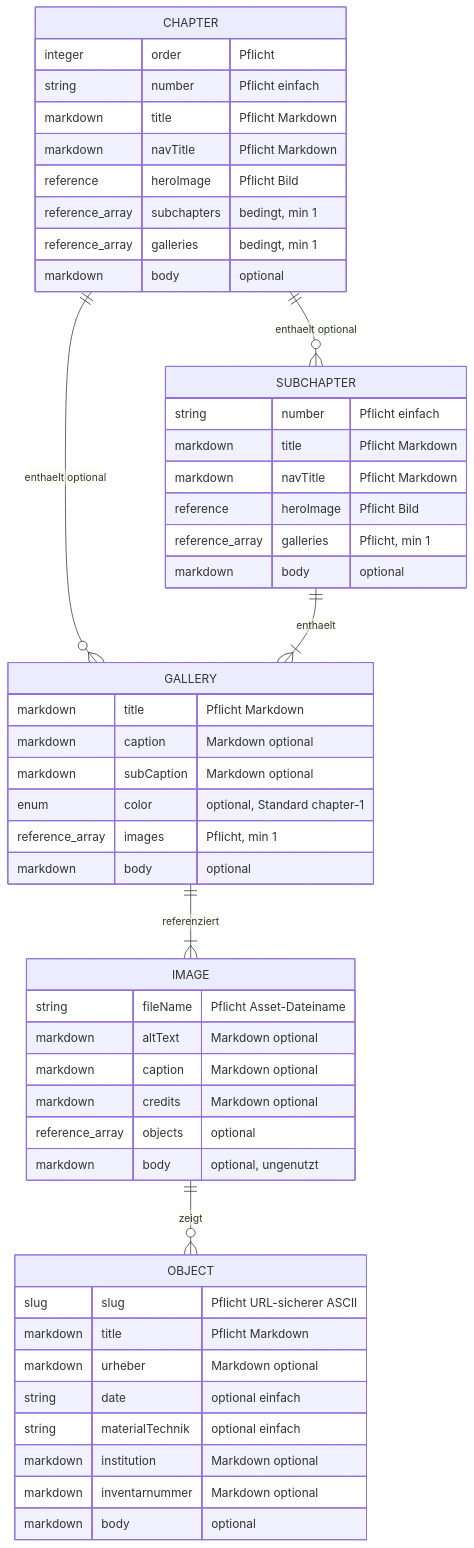
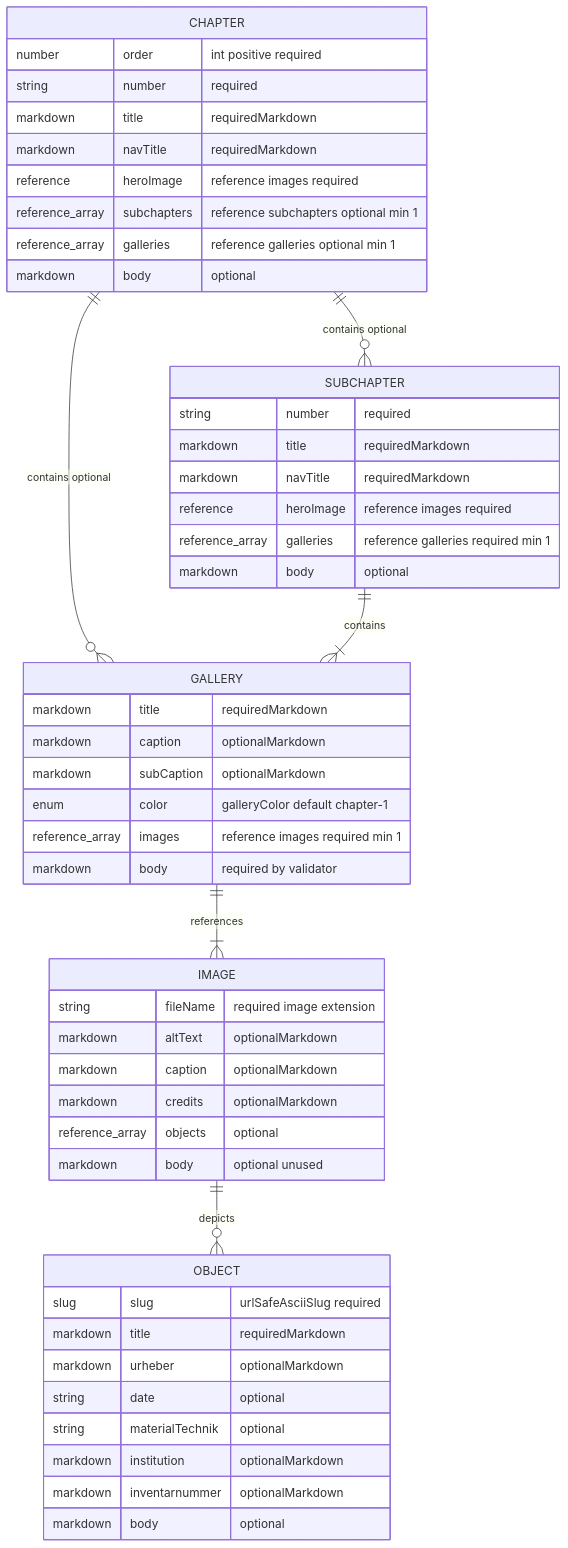
The diagram in docs/content-model.md (Theodor-Springmann-Stiftung/hebel-ausstellung), drawn with Mermaid before and after one commit. The commit also changed other lines of this file, not shown here.

````diff
--- a/docs/content-model.md
+++ b/docs/content-model.md
@@ -228,57 +226,57 @@
 ```mermaid
 erDiagram
-  CHAPTER ||--o{ SUBCHAPTER : "enthaelt optional"
-  CHAPTER ||--o{ GALLERY : "enthaelt optional"
-  SUBCHAPTER ||--|{ GALLERY : "enthaelt"
-  GALLERY ||--|{ IMAGE : "referenziert"
-  IMAGE ||--o{ OBJECT : "zeigt"
+  CHAPTER ||--o{ SUBCHAPTER : "contains optional"
+  CHAPTER ||--o{ GALLERY : "contains optional"
+  SUBCHAPTER ||--|{ GALLERY : "contains"
+  GALLERY ||--|{ IMAGE : "references"
+  IMAGE ||--o{ OBJECT : "depicts"
 
   CHAPTER {
-    integer order "Pflicht"
-    string number "Pflicht einfach"
-    markdown title "Pflicht Markdown"
-    markdown navTitle "Pflicht Markdown"
-    reference heroImage "Pflicht Bild"
-    reference_array subchapters "bedingt, min 1"
-    reference_array galleries "bedingt, min 1"
+    number order "int positive required"
+    string number "required"
+    markdown title "requiredMarkdown"
+    markdown navTitle "requiredMarkdown"
+    reference heroImage "reference images required"
+    reference_array subchapters "reference subchapters optional min 1"
+    reference_array galleries "reference galleries optional min 1"
     markdown body "optional"
   }
 
   SUBCHAPTER {
-    string number "Pflicht einfach"
-    markdown title "Pflicht Markdown"
-    markdown navTitle "Pflicht Markdown"
-    reference heroImage "Pflicht Bild"
-    reference_array galleries "Pflicht, min 1"
+    string number "required"
+    markdown title "requiredMarkdown"
+    markdown navTitle "requiredMarkdown"
+    reference heroImage "reference images required"
+    reference_array galleries "reference galleries required min 1"
     markdown body "optional"
   }
 
   GALLERY {
-    markdown title "Pflicht Markdown"
-    markdown caption "Markdown optional"
-    markdown subCaption "Markdown optional"
-    enum color "optional, Standard chapter-1"
-    reference_array images "Pflicht, min 1"
-    markdown body "optional"
+    markdown title "requiredMarkdown"
+    markdown caption "optionalMarkdown"
+    markdown subCaption "optionalMarkdown"
+    enum color "galleryColor default chapter-1"
+    reference_array images "reference images required min 1"
+    markdown body "required by validator"
   }
 
   IMAGE {
-    string fileName "Pflicht Asset-Dateiname"
-    markdown altText "Markdown optional"
-    markdown caption "Markdown optional"
-    markdown credits "Markdown optional"
+    string fileName "required image extension"
+    markdown altText "optionalMarkdown"
+    markdown caption "optionalMarkdown"
+    markdown credits "optionalMarkdown"
     reference_array objects "optional"
-    markdown body "optional, ungenutzt"
+    markdown body "optional unused"
   }
 
   OBJECT {
-    slug slug "Pflicht URL-sicherer ASCII"
-    markdown title "Pflicht Markdown"
-    markdown urheber "Markdown optional"
-    string date "optional einfach"
-    string materialTechnik "optional einfach"
-    markdown institution "Markdown optional"
-    markdown inventarnummer "Markdown optional"
+    slug slug "urlSafeAsciiSlug required"
+    markdown title "requiredMarkdown"
+    markdown urheber "optionalMarkdown"
+    string date "optional"
+    string materialTechnik "optional"
+    markdown institution "optionalMarkdown"
+    markdown inventarnummer "optionalMarkdown"
     markdown body "optional"
   }
 ```
````
